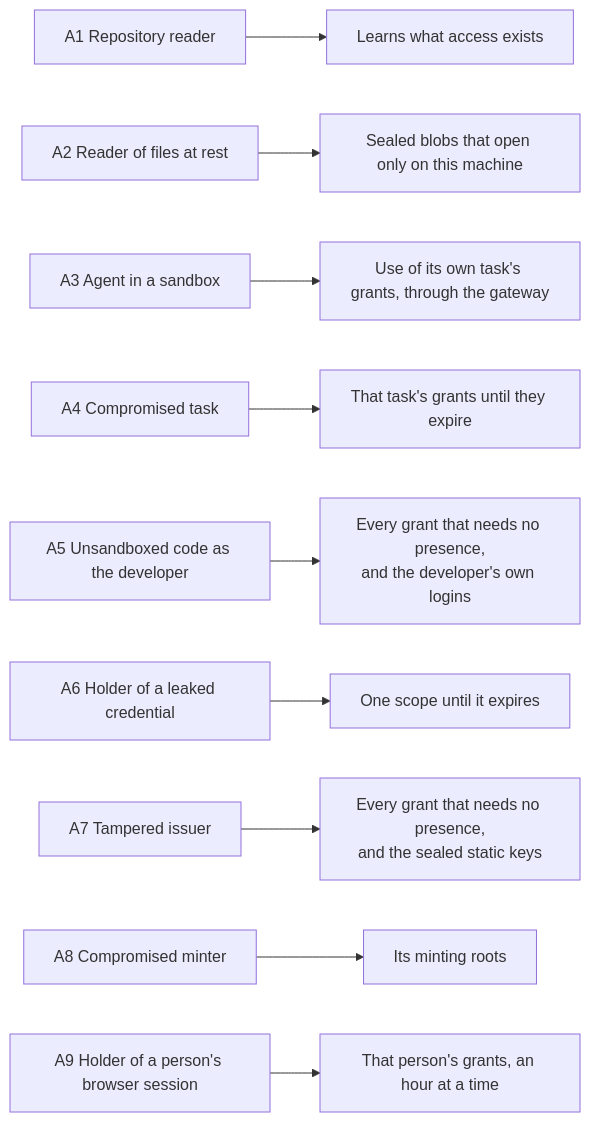
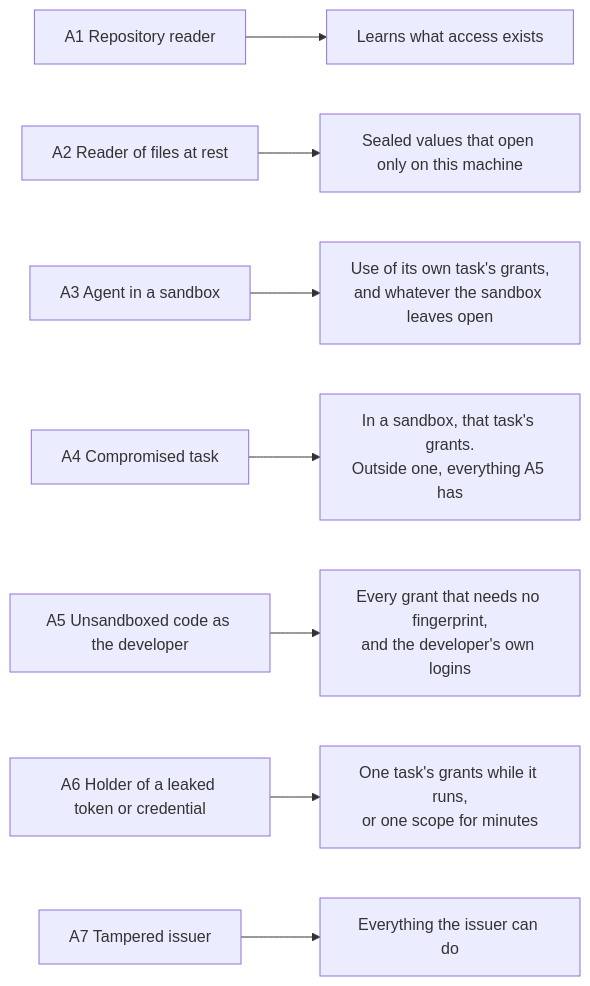
The fourth of 4 diagrams in doc/threat-model.md (kirahowe/grants), drawn with Mermaid before and after one commit. The commit also changed other lines of this file, not shown here.

````diff
--- a/doc/threat-model.md
+++ b/doc/threat-model.md
@@ -266,12 +222,10 @@
 ```mermaid
 flowchart LR
     A1["A1 Repository reader"] --> R1["Learns what access exists"]
-    A2["A2 Reader of files at rest"] --> R2["Sealed blobs that open only on this machine"]
-    A3["A3 Agent in a sandbox"] --> R3["Use of its own task's grants, through the gateway"]
-    A4["A4 Compromised task"] --> R4["That task's grants until they expire"]
-    A5["A5 Unsandboxed code as the developer"] --> R5["Every grant that needs no presence,<br/>and the developer's own logins"]
-    A6["A6 Holder of a leaked credential"] --> R6["One scope until it expires"]
-    A7["A7 Tampered issuer"] --> R7["Every grant that needs no presence,<br/>and the sealed static keys"]
-    A8["A8 Compromised minter"] --> R8["Its minting roots"]
-    A9["A9 Holder of a person's browser session"] --> R9["That person's grants, an hour at a time"]
+    A2["A2 Reader of files at rest"] --> R2["Sealed values that open only on this machine"]
+    A3["A3 Agent in a sandbox"] --> R3["Use of its own task's grants,<br/>and whatever the sandbox leaves open"]
+    A4["A4 Compromised task"] --> R4["In a sandbox, that task's grants.<br/>Outside one, everything A5 has"]
+    A5["A5 Unsandboxed code as the developer"] --> R5["Every grant that needs no fingerprint,<br/>and the developer's own logins"]
+    A6["A6 Holder of a leaked token or credential"] --> R6["One task's grants while it runs,<br/>or one scope for minutes"]
+    A7["A7 Tampered issuer"] --> R7["Everything the issuer can do"]
 ```
````
